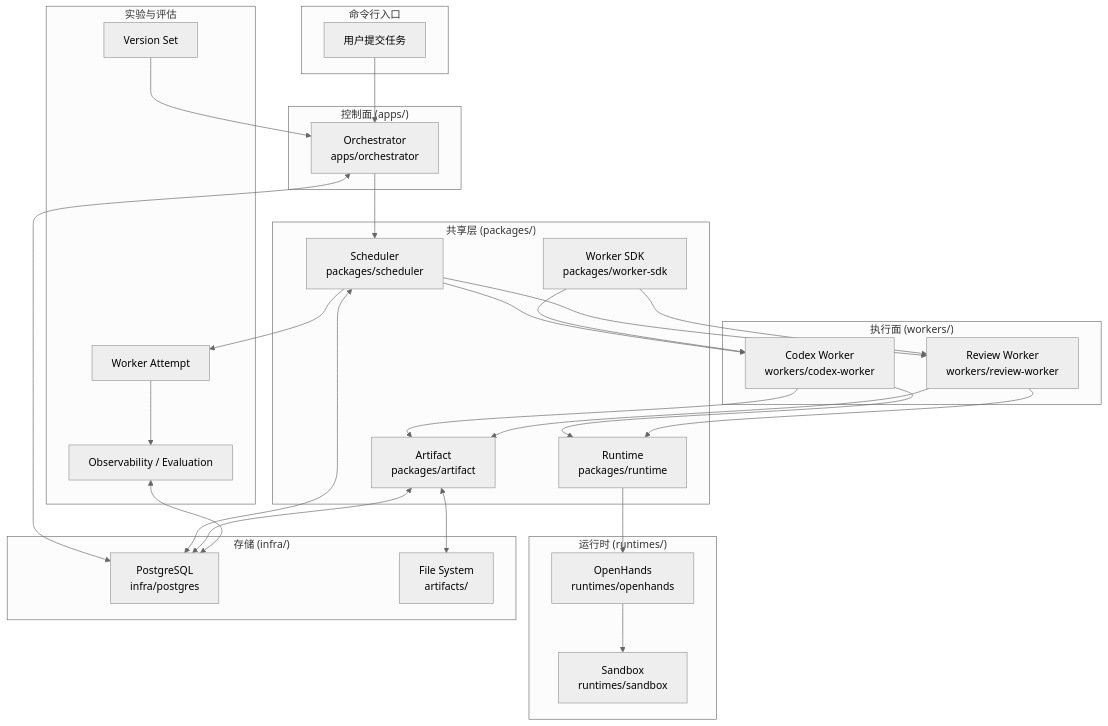
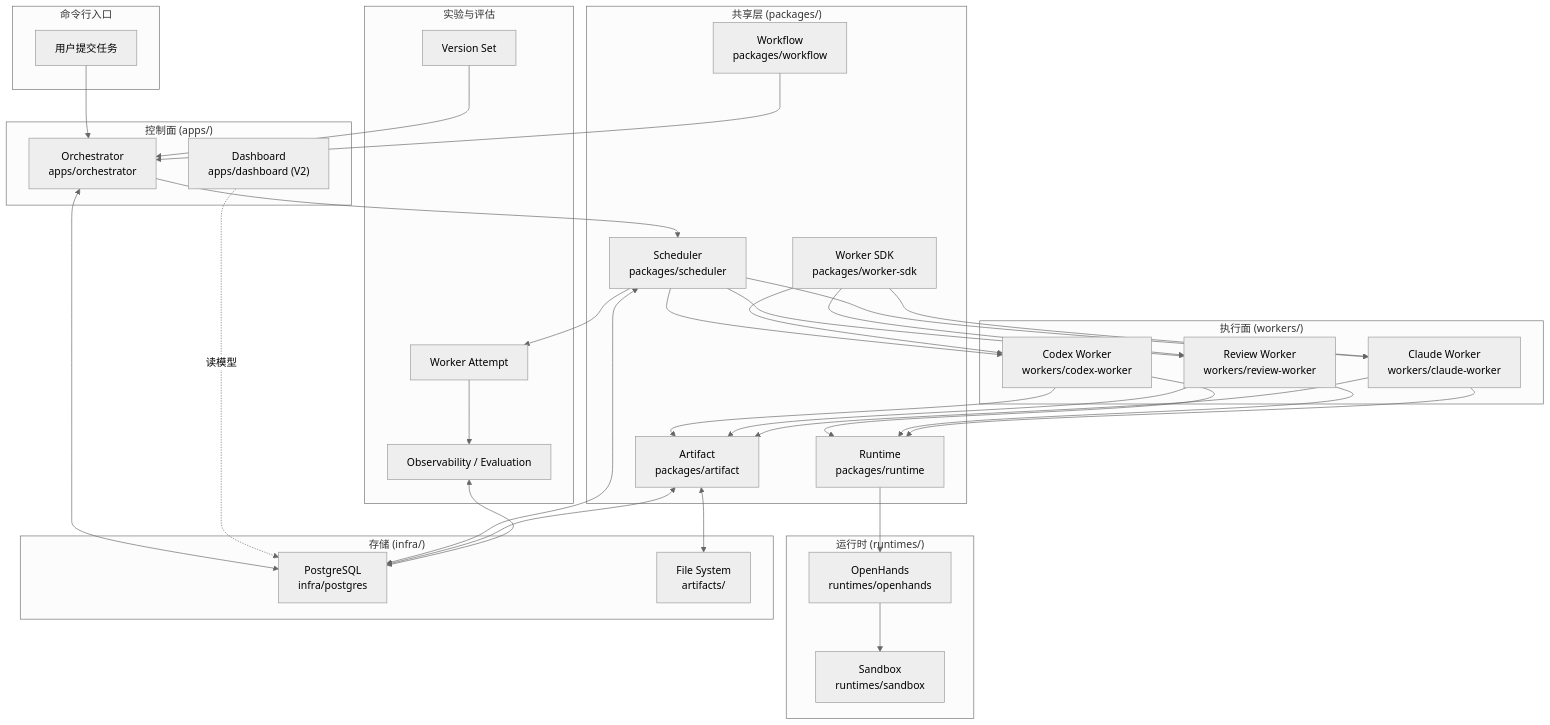
Before and after one commit to YoungerYang-Y/ai-sdlc-platform: the second of 3 diagrams in ARCHITECTURE.md, drawn with Mermaid (neutral theme). The commit also changed other lines of this file and 19 other files, not shown here.

First line of the commit message:
chore: 修复 ARCHITECTURE.md 并建立 monorepo package.json 骨架

````diff
--- a/ARCHITECTURE.md
+++ b/ARCHITECTURE.md
@@ -115,63 +120,72 @@
 ```mermaid
 flowchart TB
     subgraph CLI["命令行入口"]
         USER["用户提交任务"]
     end
 
     subgraph Control["控制面 (apps/)"]
         O["Orchestrator<br/>apps/orchestrator"]
+        DASH["Dashboard<br/>apps/dashboard (V2)"]
     end
 
     subgraph Shared["共享层 (packages/)"]
         S["Scheduler<br/>packages/scheduler"]
         SDK["Worker SDK<br/>packages/worker-sdk"]
+        WF["Workflow<br/>packages/workflow"]
         A["Artifact<br/>packages/artifact"]
         R["Runtime<br/>packages/runtime"]
     end
 
     subgraph Workers["执行面 (workers/)"]
         CW["Codex Worker<br/>workers/codex-worker"]
         RW["Review Worker<br/>workers/review-worker"]
+        CLW["Claude Worker<br/>workers/claude-worker"]
     end
 
     subgraph Experiment["实验与评估"]
         VS["Version Set"]
         ATT["Worker Attempt"]
         OBS["Observability / Evaluation"]
     end
 
     subgraph Runtime["运行时 (runtimes/)"]
         OH["OpenHands<br/>runtimes/openhands"]
         SB["Sandbox<br/>runtimes/sandbox"]
     end
 
     subgraph Storage["存储 (infra/)"]
         DB["PostgreSQL<br/>infra/postgres"]
         FS["File System<br/>artifacts/"]
     end
 
     USER --> O
     VS --> O
+    WF --> O
     O --> S
     O <--> DB
+    DASH -.->|"读模型"| DB
     
     S <--> DB
     S --> CW
     S --> RW
+    S --> CLW
     S --> ATT
     
     SDK --> CW
     SDK --> RW
+    SDK --> CLW
     
     CW --> R
     RW --> R
+    CLW --> R
     R --> OH
     OH --> SB
     
     CW --> A
     RW --> A
+    CLW --> A
     ATT --> OBS
     A <--> DB
     A <--> FS
     OBS <--> DB
 ```
````
